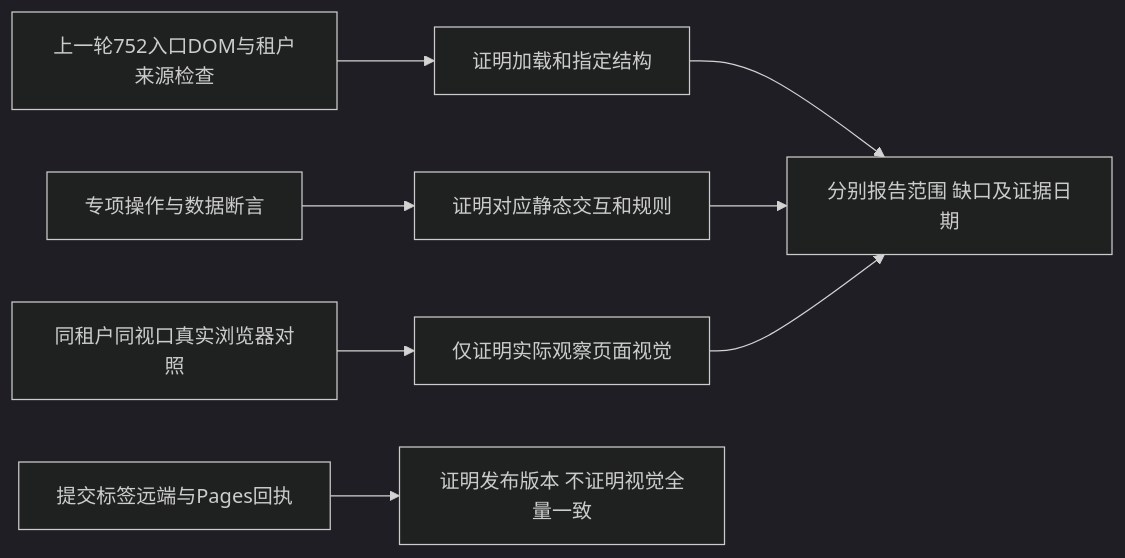
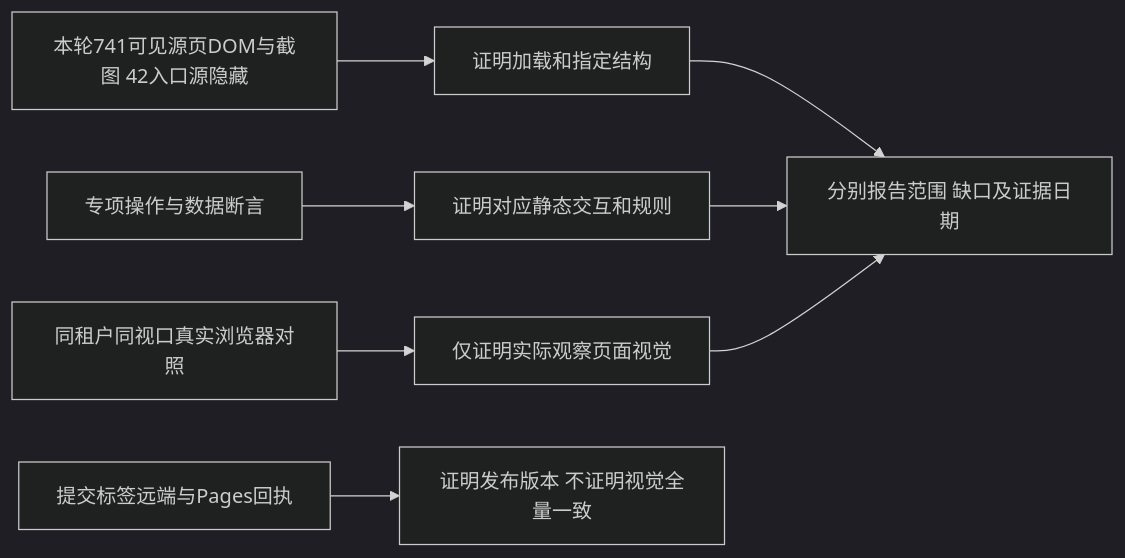
The tenth of 10 diagrams in flowcharts/admin-live-reference.md (xfang9528-glitch/suiyin-admin), drawn with Mermaid (dark theme) before and after one commit. The commit also changed other lines of this file and 103 other files, not shown here.

````diff
--- a/flowcharts/admin-live-reference.md
+++ b/flowcharts/admin-live-reference.md
@@ -183,10 +216,10 @@
 ```mermaid
 flowchart LR
-    DOM[上一轮752入口DOM与租户来源检查] --> Structure[证明加载和指定结构]
+    DOM[本轮741可见源页DOM与截图 42入口源隐藏] --> Structure[证明加载和指定结构]
     Flows[专项操作与数据断言] --> Behavior[证明对应静态交互和规则]
     Visual[同租户同视口真实浏览器对照] --> Pixels[仅证明实际观察页面视觉]
     Structure --> Report[分别报告范围 缺口及证据日期]
     Behavior --> Report
     Pixels --> Report
     Remote[提交标签远端与Pages回执] --> Delivery[证明发布版本 不证明视觉全量一致]
 ```
````
